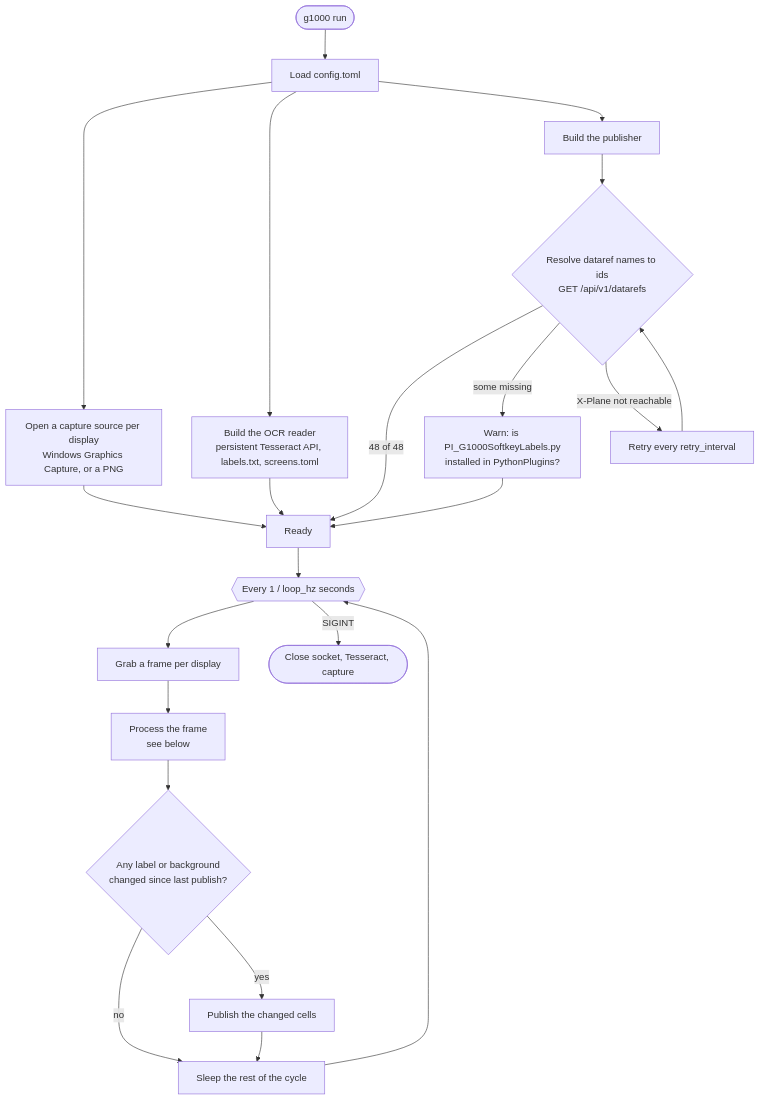
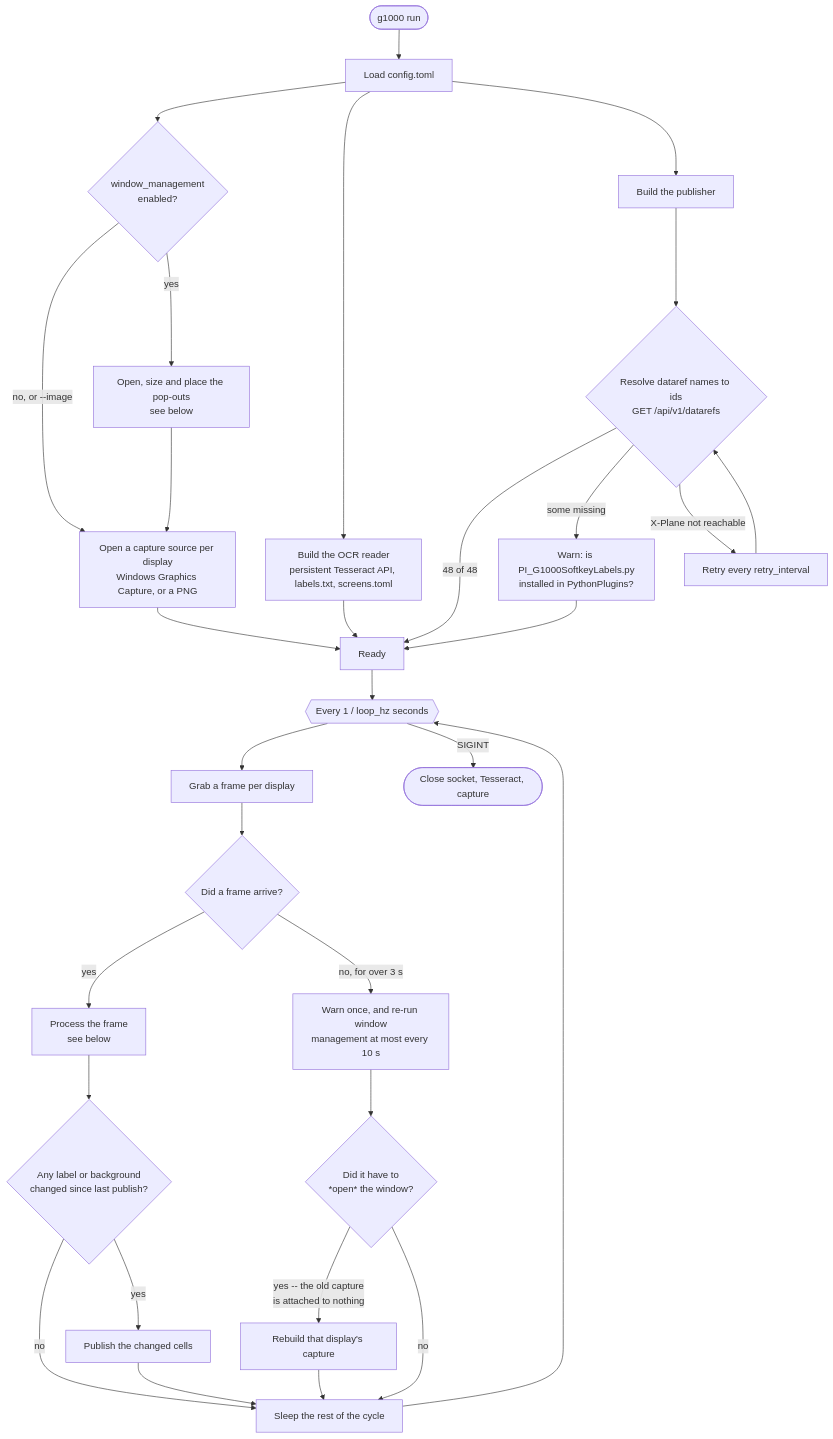
The first of 4 diagrams in docs/PIPELINE.md (rstalets/GlassLinkXP), drawn with Mermaid before and after one commit. The commit also changed other lines of this file and 24 other files, not shown here.

````diff
--- a/docs/PIPELINE.md
+++ b/docs/PIPELINE.md
@@ -11,28 +11,38 @@
 ```mermaid
 flowchart TD
     START([g1000 run]) --> CFG[Load config.toml]
-    CFG --> SRC["Open a capture source per display<br/>Windows Graphics Capture, or a PNG"]
+    CFG --> WM{"window_management<br/>enabled?"}
+    WM -->|"no, or --image"| SRC
+    WM -->|yes| MANAGE["Open, size and place the pop-outs<br/>see below"]
+    MANAGE --> SRC
+    SRC["Open a capture source per display<br/>Windows Graphics Capture, or a PNG"]
     CFG --> RDR["Build the OCR reader<br/>persistent Tesseract API, labels.txt, screens.toml"]
     CFG --> PUB[Build the publisher]
 
     PUB --> RESOLVE{"Resolve dataref names to ids<br/>GET /api/v1/datarefs"}
     RESOLVE -->|48 of 48| READY[Ready]
     RESOLVE -->|some missing| WARN["Warn: is PI_G1000SoftkeyLabels.py<br/>installed in PythonPlugins?"]
     WARN --> READY
     RESOLVE -->|X-Plane not reachable| RETRY["Retry every retry_interval"]
     RETRY --> RESOLVE
 
     SRC --> READY
     RDR --> READY
 
     READY --> LOOP{{"Every 1 / loop_hz seconds"}}
     LOOP --> GRAB[Grab a frame per display]
-    GRAB --> PROC["Process the frame<br/>see below"]
+    GRAB --> GOT{"Did a frame arrive?"}
+    GOT -->|yes| PROC["Process the frame<br/>see below"]
+    GOT -->|"no, for over 3 s"| STARVED["Warn once, and re-run window<br/>management at most every 10 s"]
+    STARVED --> REOPEN{"Did it have to<br/>*open* the window?"}
+    REOPEN -->|"yes -- the old capture<br/>is attached to nothing"| REBUILD[Rebuild that display's capture]
+    REOPEN -->|no| SLEEP
+    REBUILD --> SLEEP
     PROC --> DIFF{"Any label or background<br/>changed since last publish?"}
     DIFF -->|no| SLEEP
     DIFF -->|yes| SEND["Publish the changed cells"]
     SEND --> SLEEP[Sleep the rest of the cycle]
     SLEEP --> LOOP
 
     LOOP -->|SIGINT| STOP([Close socket, Tesseract, capture])
 ```
````
